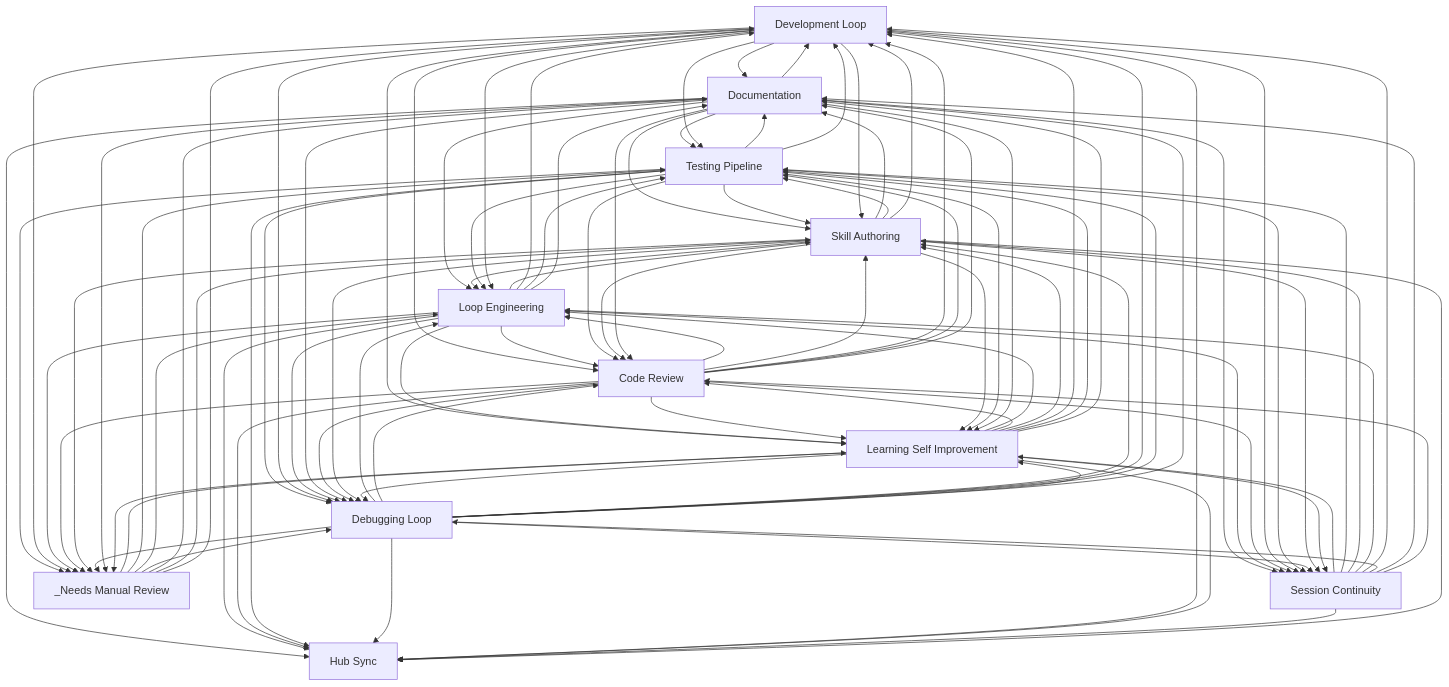
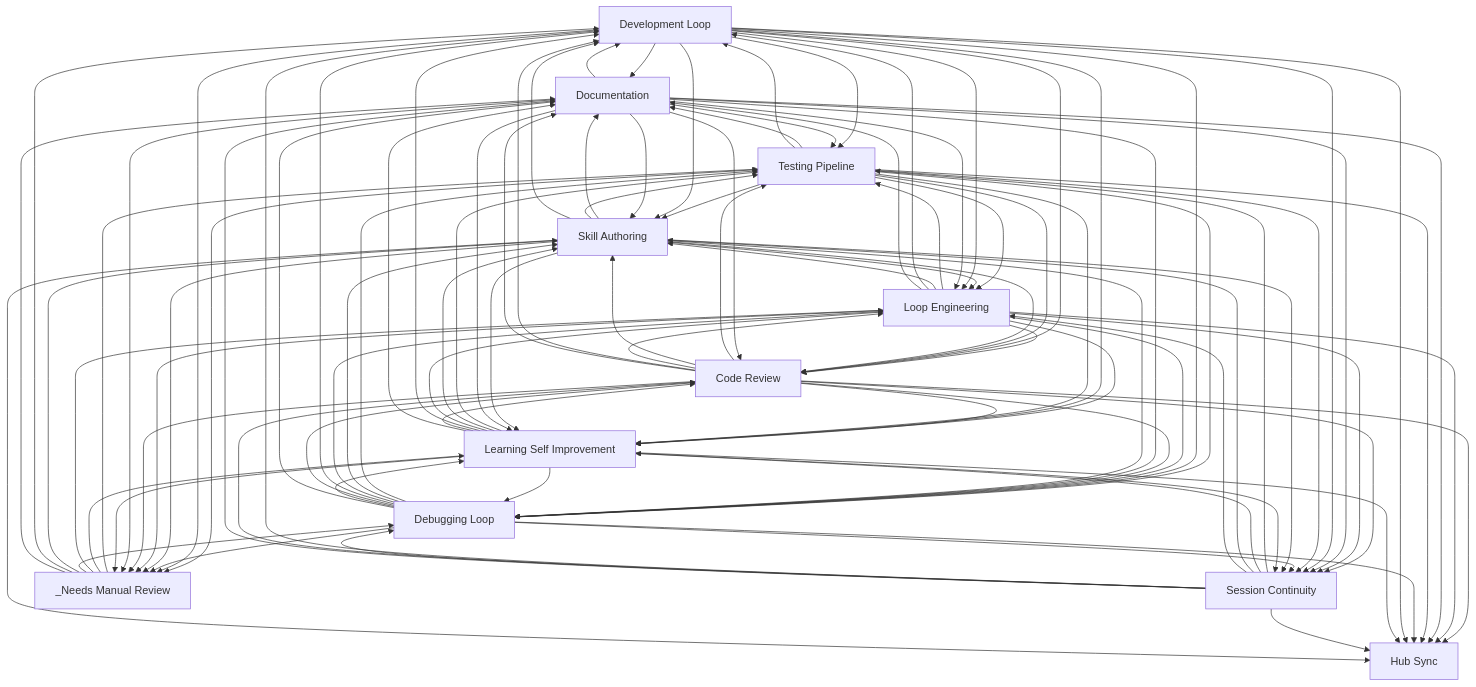
Before and after one commit to abhayla/claude-best-practices: the diagram in docs/workflows/INDEX.md, drawn with Mermaid. The commit also changed other lines of this file and 5 other files, not shown here.

```diff
--- a/docs/workflows/INDEX.md
+++ b/docs/workflows/INDEX.md
@@ -33,68 +33,68 @@
     documentation[Documentation]
     hub_sync[Hub Sync]
     _needs_manual_review[_Needs Manual Review]
+    testing_pipeline --> documentation
     skill_authoring --> documentation
-    testing_pipeline --> documentation
     development_loop --> documentation
+    testing_pipeline --> skill_authoring
+    testing_pipeline --> loop_engineering
+    skill_authoring --> testing_pipeline
+    skill_authoring --> loop_engineering
+    development_loop --> testing_pipeline
+    development_loop --> skill_authoring
+    development_loop --> loop_engineering
     documentation --> testing_pipeline
     documentation --> skill_authoring
     documentation --> loop_engineering
-    skill_authoring --> testing_pipeline
-    skill_authoring --> loop_engineering
-    testing_pipeline --> skill_authoring
-    testing_pipeline --> loop_engineering
-    development_loop --> testing_pipeline
-    development_loop --> skill_authoring
-    development_loop --> loop_engineering
-    development_loop --> code_review
+    code_review --> testing_pipeline
+    code_review --> skill_authoring
+    code_review --> loop_engineering
+    code_review --> development_loop
+    loop_engineering --> testing_pipeline
     loop_engineering --> skill_authoring
     loop_engineering --> development_loop
-    loop_engineering --> testing_pipeline
     loop_engineering --> code_review
-    code_review --> loop_engineering
-    code_review --> skill_authoring
-    code_review --> development_loop
-    code_review --> testing_pipeline
+    development_loop --> code_review
+    code_review --> learning_self_improvement
+    loop_engineering --> learning_self_improvement
     development_loop --> learning_self_improvement
-    loop_engineering --> learning_self_improvement
-    code_review --> learning_self_improvement
     testing_pipeline --> development_loop
     testing_pipeline --> debugging_loop
     testing_pipeline --> code_review
+    debugging_loop --> testing_pipeline
+    debugging_loop --> skill_authoring
     debugging_loop --> loop_engineering
+    debugging_loop --> development_loop
     debugging_loop --> code_review
-    debugging_loop --> skill_authoring
-    debugging_loop --> development_loop
-    debugging_loop --> testing_pipeline
     development_loop --> debugging_loop
     documentation --> development_loop
     loop_engineering --> debugging_loop
     loop_engineering --> documentation
+    skill_authoring --> code_review
     skill_authoring --> development_loop
-    skill_authoring --> code_review
+    testing_pipeline --> learning_self_improvement
     skill_authoring --> learning_self_improvement
-    testing_pipeline --> learning_self_improvement
     testing_pipeline --> _needs_manual_review
     development_loop --> _needs_manual_review
+    code_review --> debugging_loop
+    documentation --> debugging_loop
     documentation --> code_review
-    documentation --> debugging_loop
-    code_review --> debugging_loop
+    code_review --> session_continuity
+    code_review --> documentation
+    code_review --> hub_sync
+    loop_engineering --> session_continuity
+    loop_engineering --> hub_sync
+    documentation --> session_continuity
     documentation --> learning_self_improvement
     documentation --> hub_sync
-    documentation --> session_continuity
-    loop_engineering --> hub_sync
-    loop_engineering --> session_continuity
-    code_review --> documentation
-    code_review --> hub_sync
-    code_review --> session_continuity
     development_loop --> session_continuity
+    session_continuity --> testing_pipeline
     session_continuity --> learning_self_improvement
-    session_continuity --> testing_pipeline
+    _needs_manual_review --> testing_pipeline
     _needs_manual_review --> learning_self_improvement
-    _needs_manual_review --> testing_pipeline
     testing_pipeline --> session_continuity
+    debugging_loop --> session_continuity
     debugging_loop --> learning_self_improvement
-    debugging_loop --> session_continuity
     testing_pipeline --> hub_sync
     debugging_loop --> documentation
     debugging_loop --> hub_sync
@@ -103,19 +103,19 @@
     skill_authoring --> debugging_loop
     _needs_manual_review --> loop_engineering
     _needs_manual_review --> debugging_loop
-    learning_self_improvement --> loop_engineering
-    learning_self_improvement --> code_review
-    learning_self_improvement --> skill_authoring
-    learning_self_improvement --> development_loop
     learning_self_improvement --> testing_pipeline
     learning_self_improvement --> debugging_loop
+    learning_self_improvement --> skill_authoring
+    learning_self_improvement --> loop_engineering
+    learning_self_improvement --> development_loop
+    learning_self_improvement --> code_review
+    debugging_loop --> _needs_manual_review
+    skill_authoring --> _needs_manual_review
     loop_engineering --> _needs_manual_review
     code_review --> _needs_manual_review
-    skill_authoring --> _needs_manual_review
-    debugging_loop --> _needs_manual_review
-    _needs_manual_review --> documentation
     _needs_manual_review --> skill_authoring
     _needs_manual_review --> development_loop
+    _needs_manual_review --> documentation
     learning_self_improvement --> session_continuity
     documentation --> _needs_manual_review
     session_continuity --> skill_authoring
@@ -124,8 +124,8 @@
     learning_self_improvement --> hub_sync
     session_continuity --> development_loop
     session_continuity --> debugging_loop
+    session_continuity --> code_review
     session_continuity --> documentation
-    session_continuity --> code_review
     session_continuity --> hub_sync
     skill_authoring --> hub_sync
     learning_self_improvement --> _needs_manual_review
```
